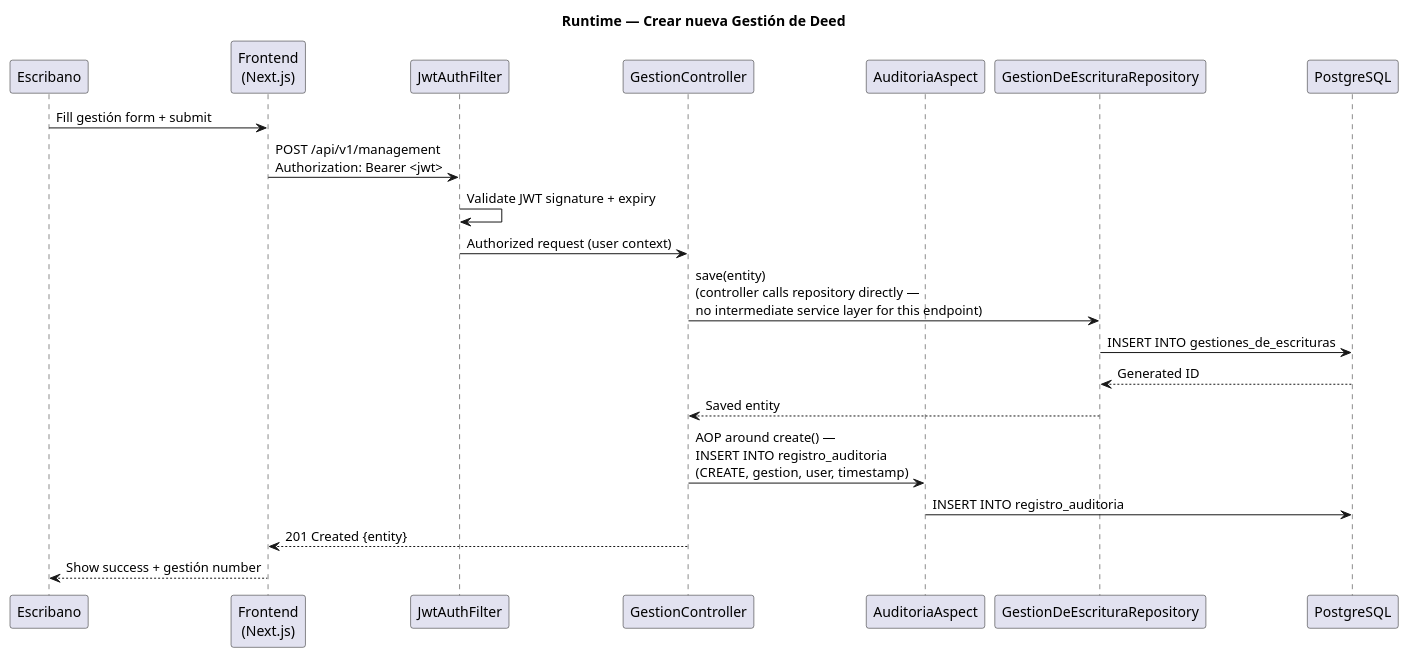
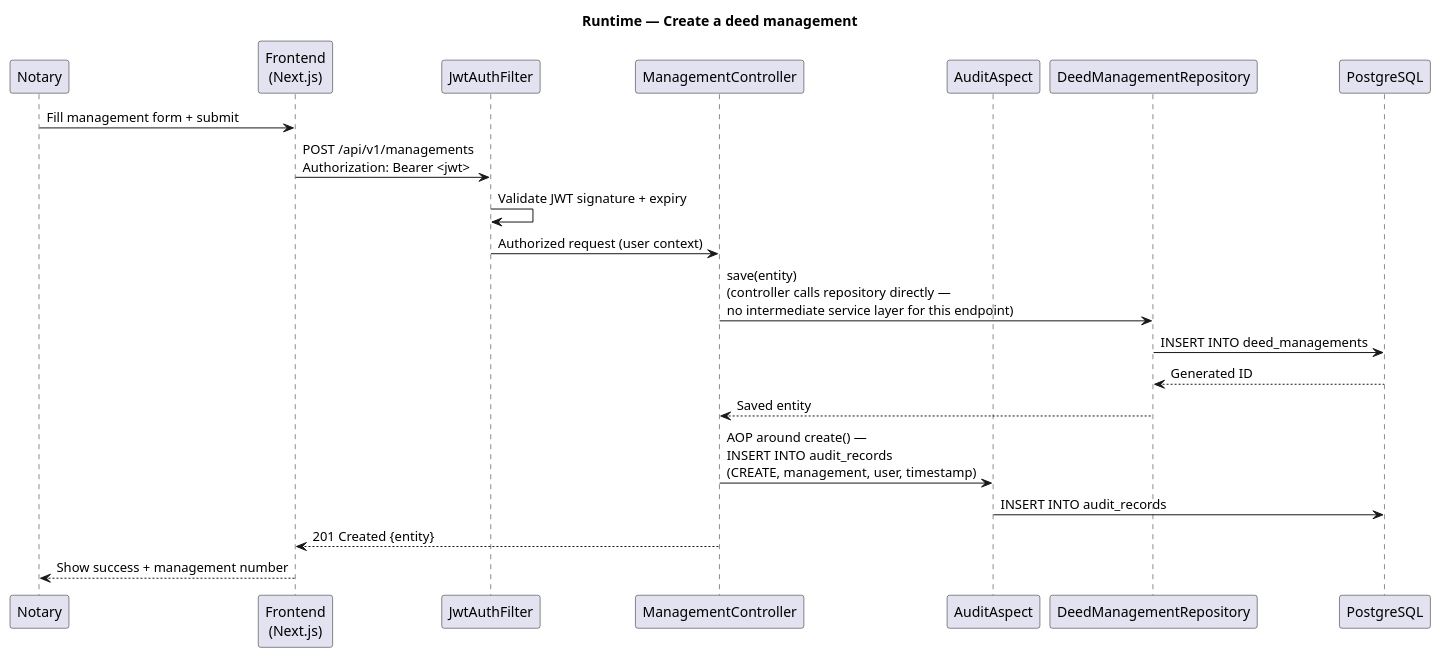
The ninth of 13 diagrams in docs/200-architecture/201-SAD/sad.md (matiaspakua/notaire), drawn with PlantUML before and after one commit. The commit also changed other lines of this file and 11 other files, not shown here.

First line of the commit message:
docs(architecture): name current types in English

````diff
--- a/docs/200-architecture/201-SAD/sad.md
+++ b/docs/200-architecture/201-SAD/sad.md
@@ -671,26 +671,26 @@
 ```plantuml
 @startuml
-title Runtime — Crear nueva Gestión de Deed
+title Runtime — Create a deed management
 
-participant "Escribano" as User
+participant "Notary" as User
 participant "Frontend\n(Next.js)" as Client
 participant "JwtAuthFilter" as Auth
-participant "GestionController" as Ctrl
-participant "AuditoriaAspect" as Audit
-participant "GestionDeEscrituraRepository" as Repo
+participant "ManagementController" as Ctrl
+participant "AuditAspect" as Audit
+participant "DeedManagementRepository" as Repo
 participant "PostgreSQL" as DB
 
-User -> Client : Fill gestión form + submit
-Client -> Auth : POST /api/v1/management\nAuthorization: Bearer <jwt>
+User -> Client : Fill management form + submit
+Client -> Auth : POST /api/v1/managements\nAuthorization: Bearer <jwt>
 Auth -> Auth : Validate JWT signature + expiry
 Auth -> Ctrl : Authorized request (user context)
 Ctrl -> Repo : save(entity)\n(controller calls repository directly —\nno intermediate service layer for this endpoint)
-Repo -> DB : INSERT INTO gestiones_de_escrituras
+Repo -> DB : INSERT INTO deed_managements
 DB --> Repo : Generated ID
 Repo --> Ctrl : Saved entity
-Ctrl -> Audit : AOP around create() —\nINSERT INTO registro_auditoria\n(CREATE, gestion, user, timestamp)
-Audit -> DB : INSERT INTO registro_auditoria
+Ctrl -> Audit : AOP around create() —\nINSERT INTO audit_records\n(CREATE, management, user, timestamp)
+Audit -> DB : INSERT INTO audit_records
 Ctrl --> Client : 201 Created {entity}
-Client --> User : Show success + gestión number
+Client --> User : Show success + management number
 @enduml
 ```
````
